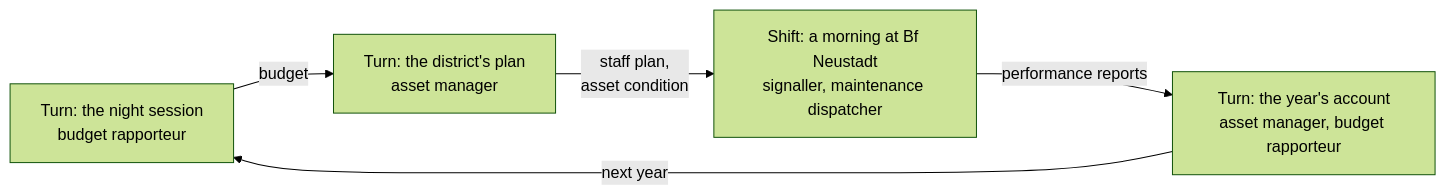
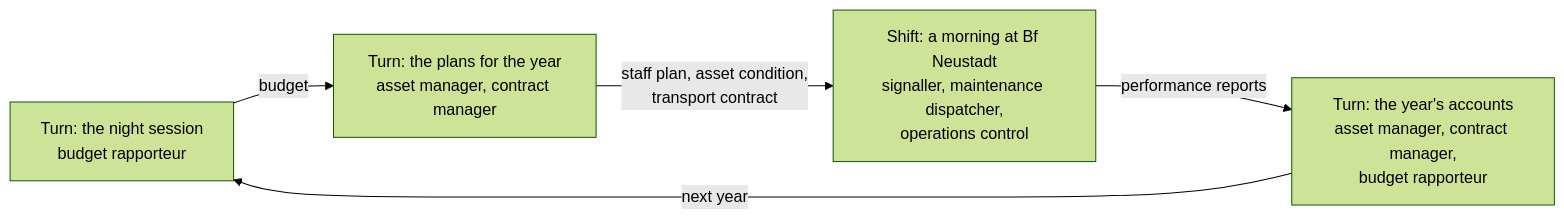
Before and after one commit to joernmht/ARail-EBL: the diagram in docs/game-core.md, drawn with Mermaid (forest theme). The commit also changed other lines of this file and 20 other files, not shown here.

First line of the commit message:
Big game: the undertaking's operations control and the contract manager; six roles in three years of Neustadt

````diff
--- a/docs/game-core.md
+++ b/docs/game-core.md
@@ -198,7 +193,7 @@
 ```mermaid
 flowchart LR
-  budget["Turn: the night session<br>budget rapporteur"] -- "budget" --> plan["Turn: the district's plan<br>asset manager"]
-  plan -- "staff plan,<br>asset condition" --> shift["Shift: a morning at Bf Neustadt<br>signaller, maintenance dispatcher"]
-  shift -- "performance reports" --> review["Turn: the year's account<br>asset manager, budget rapporteur"]
+  budget["Turn: the night session<br>budget rapporteur"] -- "budget" --> plan["Turn: the plans for the year<br>asset manager, contract manager"]
+  plan -- "staff plan, asset condition,<br>transport contract" --> shift["Shift: a morning at Bf Neustadt<br>signaller, maintenance dispatcher,<br>operations control"]
+  shift -- "performance reports" --> review["Turn: the year's accounts<br>asset manager, contract manager,<br>budget rapporteur"]
   review -- "next year" --> budget
 ```
````
